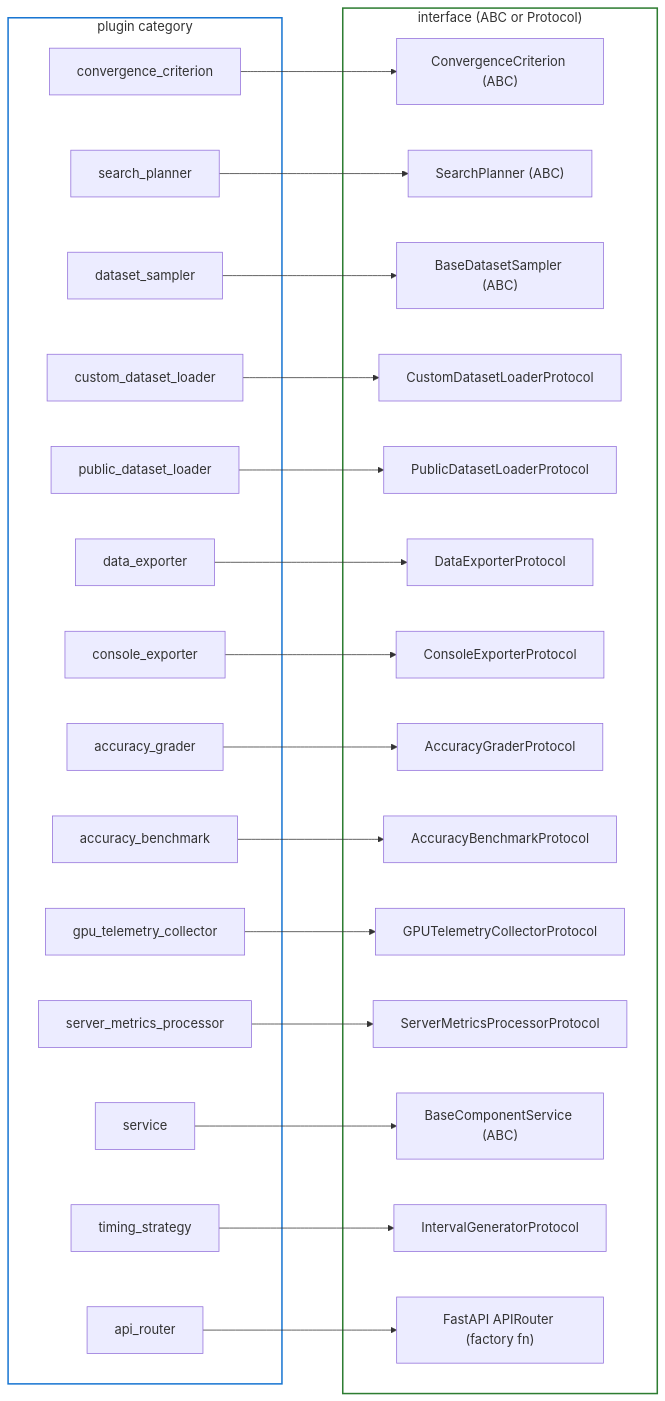
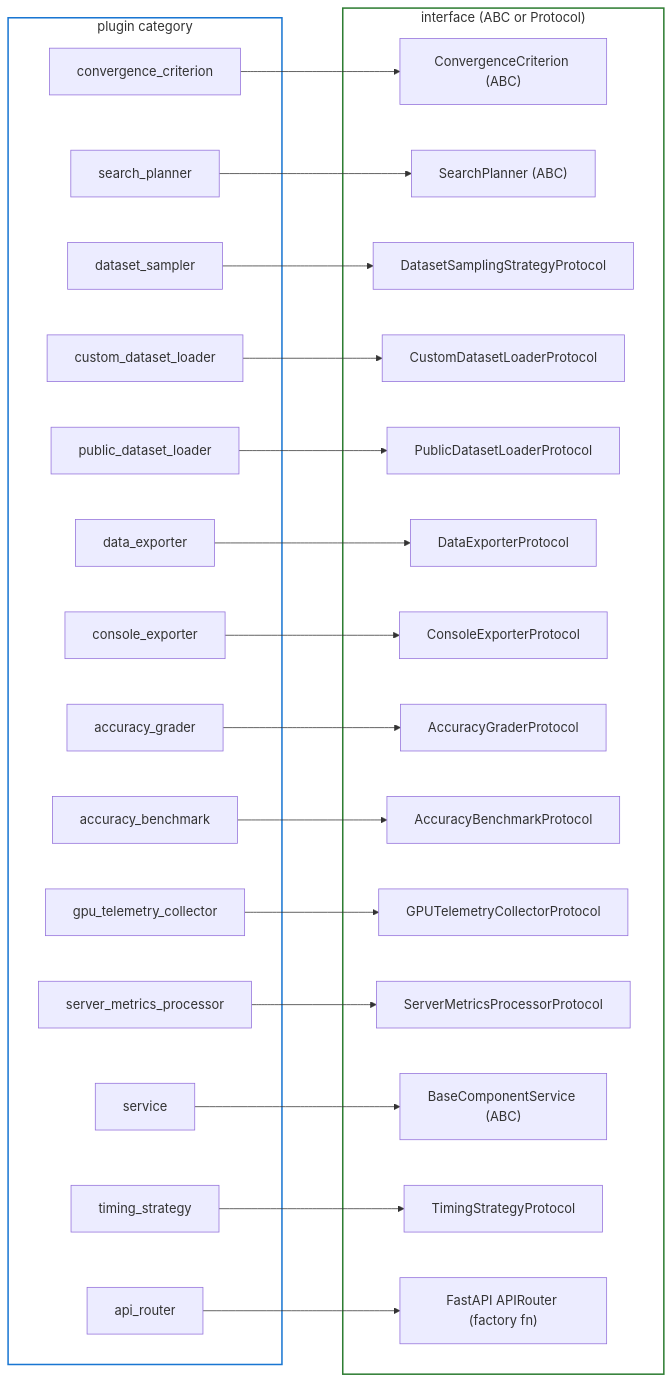
Diagram 19 of 24 in docs/dev/sweep-orchestrator-flow.md (ai-dynamo/aiperf), drawn with Mermaid before and after one commit. The commit also changed other lines of this file and 1 other file, not shown here.

First line of the commit message:
docs(sweep): regenerate ABC diagrams and correct planner/config/plugin facts

````diff
--- a/docs/dev/sweep-orchestrator-flow.md
+++ b/docs/dev/sweep-orchestrator-flow.md
@@ -986,55 +1015,55 @@
 ```mermaid
 %%{init: {'flowchart': {'nodeSpacing': 60, 'rankSpacing': 80, 'padding': 18, 'htmlLabels': true, 'curve': 'basis'}, 'themeVariables': {'fontSize': '17px'}}}%%
 flowchart LR
     subgraph CAT["plugin category"]
         c1["convergence_criterion"]
         c2["search_planner"]
         c3["dataset_sampler"]
         c4["custom_dataset_loader"]
         c5["public_dataset_loader"]
         c6["data_exporter"]
         c7["console_exporter"]
         c8["accuracy_grader"]
         c9["accuracy_benchmark"]
         c10["gpu_telemetry_collector"]
         c11["server_metrics_processor"]
         c12["service"]
         c13["api_router"]
         c14["timing_strategy"]
     end
 
     subgraph IF["interface (ABC or Protocol)"]
         a1["ConvergenceCriterion (ABC)"]
         a2["SearchPlanner (ABC)"]
-        a3["BaseDatasetSampler (ABC)"]
+        a3["DatasetSamplingStrategyProtocol"]
         p1["CustomDatasetLoaderProtocol"]
         p2["PublicDatasetLoaderProtocol"]
         p3["DataExporterProtocol"]
         p4["ConsoleExporterProtocol"]
         p5["AccuracyGraderProtocol"]
         p6["AccuracyBenchmarkProtocol"]
         p7["GPUTelemetryCollectorProtocol"]
         p8["ServerMetricsProcessorProtocol"]
         b1["BaseComponentService (ABC)"]
-        a4["IntervalGeneratorProtocol"]
+        a4["TimingStrategyProtocol"]
         r1["FastAPI APIRouter (factory fn)"]
     end
 
     c1 --> a1
     c2 --> a2
     c3 --> a3
     c4 --> p1
     c5 --> p2
     c6 --> p3
     c7 --> p4
     c8 --> p5
     c9 --> p6
     c10 --> p7
     c11 --> p8
     c12 --> b1
     c13 --> r1
     c14 --> a4
 
     style CAT fill:transparent,stroke:#1976d2,stroke-width:2px
     style IF fill:transparent,stroke:#2e7d32,stroke-width:2px
 ```
````
